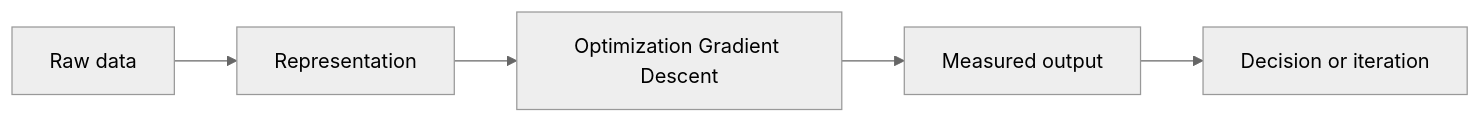
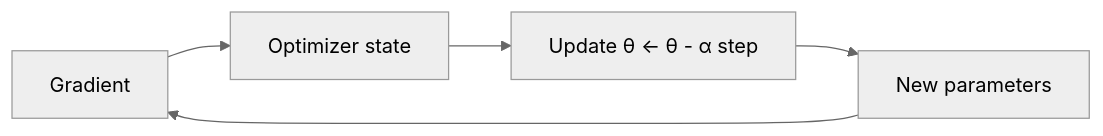
One commit to Icon1cc/Machine-Learning changed the diagram in math/09-optimization-gradient-descent.md. Above: the diagram before and after it, drawn with Mermaid (neutral theme). The commit also changed other lines of this file and 264 other files, not shown here.

````diff
--- a/math/09-optimization-gradient-descent.md
+++ b/math/09-optimization-gradient-descent.md
@@ -92,7 +70,7 @@
 ```mermaid
 flowchart LR
-    A[Raw data] --> B[Representation]
-    B --> C[Optimization Gradient Descent]
-    C --> D[Measured output]
-    D --> E[Decision or iteration]
+    G[Gradient] --> O[Optimizer state]
+    O --> Up[Update θ <- θ - α step]
+    Up --> N[New parameters]
+    N --> G
 ```
````
